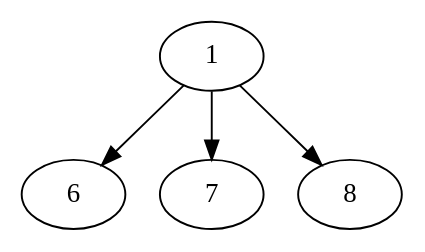
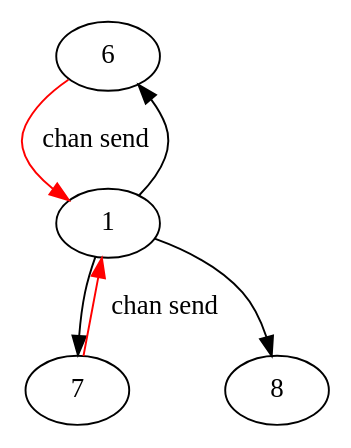
The diagram in README.md (eiei114/EnablementInternship0622), drawn with Graphviz before and after one commit. The commit also changed other lines of this file, not shown here.

````diff
--- a/README.md
+++ b/README.md
@@ -15,7 +19,9 @@
 ```dot
 digraph G {
-"1" -> "6";
-"1" -> "7";
-"1" -> "8";
+    "6" -> "1" [label = "chan send" color = red];
+    "1" -> "6";
+    "7" -> "1" [label = "chan send" color = red];
+    "1" -> "7";
+    "1" -> "8";
 }
 ```
````
